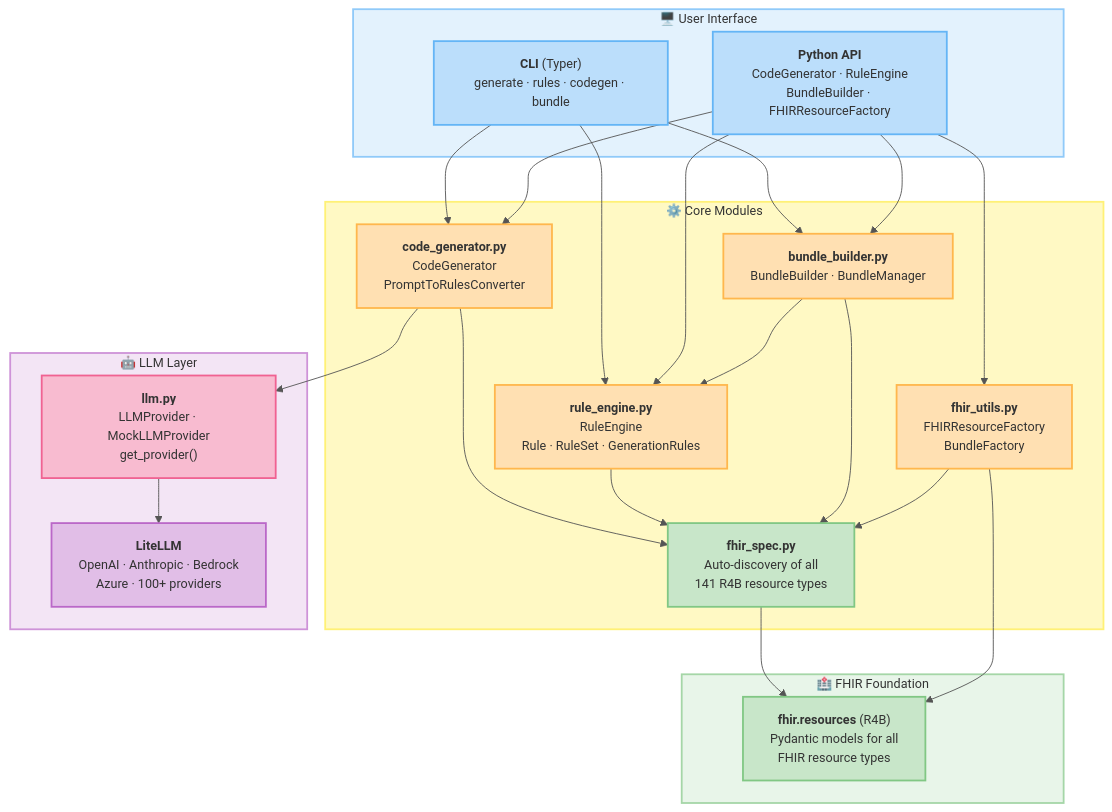
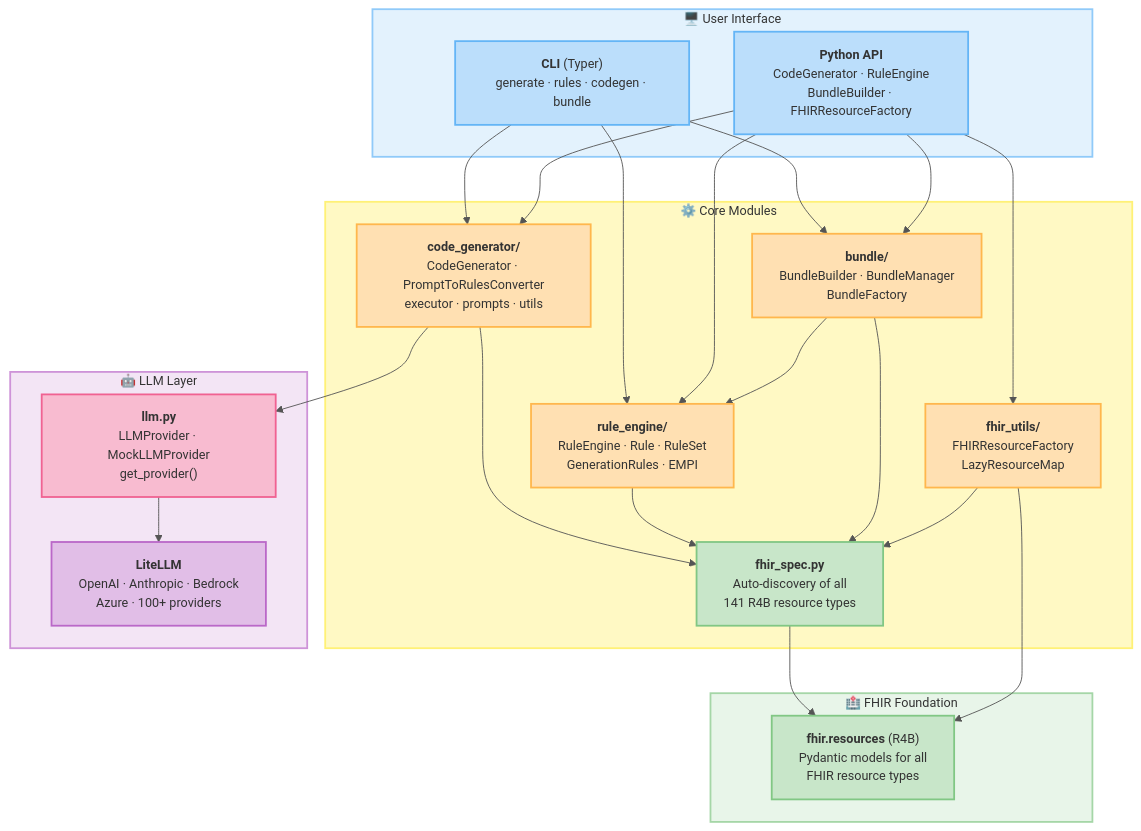
The first of 10 diagrams in ARCHITECTURE.md (alvinhenrick/fhir-synth), drawn with Mermaid before and after one commit. The commit also changed other lines of this file and 1 other file, not shown here.

Commit message:
refactor package structure and update documentation; reorganize code generator, rule engine, bundle, and FHIR utilities

````diff
--- a/ARCHITECTURE.md
+++ b/ARCHITECTURE.md
@@ -5,59 +5,59 @@
 ```mermaid
 %%{init: {'theme': 'base', 'themeVariables': {'primaryColor': '#fff9c4', 'primaryTextColor': '#333', 'primaryBorderColor': '#555', 'lineColor': '#555', 'secondaryColor': '#e8f5e9', 'tertiaryColor': '#e3f2fd', 'fontFamily': 'Comic Sans MS, cursive, sans-serif', 'fontSize': '14px'}}}%%
 graph TB
     subgraph UI["🖥️ User Interface"]
         CLI["<b>CLI</b> (Typer)<br/>generate · rules · codegen · bundle"]
         API["<b>Python API</b><br/>CodeGenerator · RuleEngine<br/>BundleBuilder · FHIRResourceFactory"]
     end
 
     subgraph CORE["⚙️ Core Modules"]
-        CG["<b>code_generator.py</b><br/>CodeGenerator<br/>PromptToRulesConverter"]
-        RE["<b>rule_engine.py</b><br/>RuleEngine<br/>Rule · RuleSet · GenerationRules"]
-        BB["<b>bundle_builder.py</b><br/>BundleBuilder · BundleManager"]
-        FU["<b>fhir_utils.py</b><br/>FHIRResourceFactory<br/>BundleFactory"]
+        CG["<b>code_generator/</b><br/>CodeGenerator · PromptToRulesConverter<br/>executor · prompts · utils"]
+        RE["<b>rule_engine/</b><br/>RuleEngine · Rule · RuleSet<br/>GenerationRules · EMPI"]
+        BB["<b>bundle/</b><br/>BundleBuilder · BundleManager<br/>BundleFactory"]
+        FU["<b>fhir_utils/</b><br/>FHIRResourceFactory<br/>LazyResourceMap"]
         FS["<b>fhir_spec.py</b><br/>Auto-discovery of all<br/>141 R4B resource types"]
     end
 
     subgraph LLM_LAYER["🤖 LLM Layer"]
         LLM["<b>llm.py</b><br/>LLMProvider · MockLLMProvider<br/>get_provider()"]
         LITELLM["<b>LiteLLM</b><br/>OpenAI · Anthropic · Bedrock<br/>Azure · 100+ providers"]
     end
 
     subgraph FHIR["🏥 FHIR Foundation"]
         FR["<b>fhir.resources</b> (R4B)<br/>Pydantic models for all<br/>FHIR resource types"]
     end
 
     CLI --> CG
     CLI --> RE
     CLI --> BB
     API --> CG
     API --> RE
     API --> BB
     API --> FU
 
     CG --> LLM
     CG --> FS
     RE --> FS
     BB --> RE
     BB --> FS
     FU --> FS
     LLM --> LITELLM
     FS --> FR
     FU --> FR
 
     style UI fill:#e3f2fd,stroke:#90caf9,color:#333,stroke-width:2px
     style CORE fill:#fff9c4,stroke:#fff176,color:#333,stroke-width:2px
     style LLM_LAYER fill:#f3e5f5,stroke:#ce93d8,color:#333,stroke-width:2px
     style FHIR fill:#e8f5e9,stroke:#a5d6a7,color:#333,stroke-width:2px
 
     style CLI fill:#bbdefb,stroke:#64b5f6,color:#333,stroke-width:2px
     style API fill:#bbdefb,stroke:#64b5f6,color:#333,stroke-width:2px
     style CG fill:#ffe0b2,stroke:#ffb74d,color:#333,stroke-width:2px
     style RE fill:#ffe0b2,stroke:#ffb74d,color:#333,stroke-width:2px
     style BB fill:#ffe0b2,stroke:#ffb74d,color:#333,stroke-width:2px
     style FU fill:#ffe0b2,stroke:#ffb74d,color:#333,stroke-width:2px
     style FS fill:#c8e6c9,stroke:#81c784,color:#333,stroke-width:2px
     style LLM fill:#f8bbd0,stroke:#f06292,color:#333,stroke-width:2px
     style LITELLM fill:#e1bee7,stroke:#ba68c8,color:#333,stroke-width:2px
     style FR fill:#c8e6c9,stroke:#81c784,color:#333,stroke-width:2px
 ```
````
